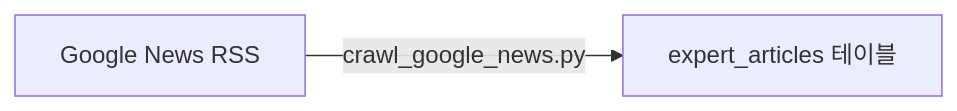
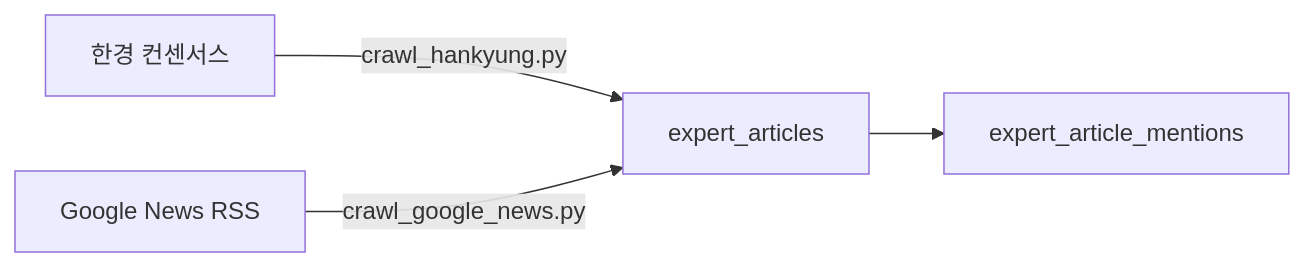
The third of 3 diagrams in docs/project-structure.md (suyeongpark/human-index), drawn with Mermaid before and after one commit. The commit also changed other lines of this file and 11 other files, not shown here.

````diff
--- a/docs/project-structure.md
+++ b/docs/project-structure.md
@@ -168,4 +214,6 @@
 ```mermaid
-graph LR
-    A[Google News RSS] -->|crawl_google_news.py| B[expert_articles 테이블]
+flowchart LR
+    A[한경 컨센서스] -->|crawl_hankyung.py| B[expert_articles]
+    B --> C[expert_article_mentions]
+    D[Google News RSS] -->|crawl_google_news.py| B
 ```
````
